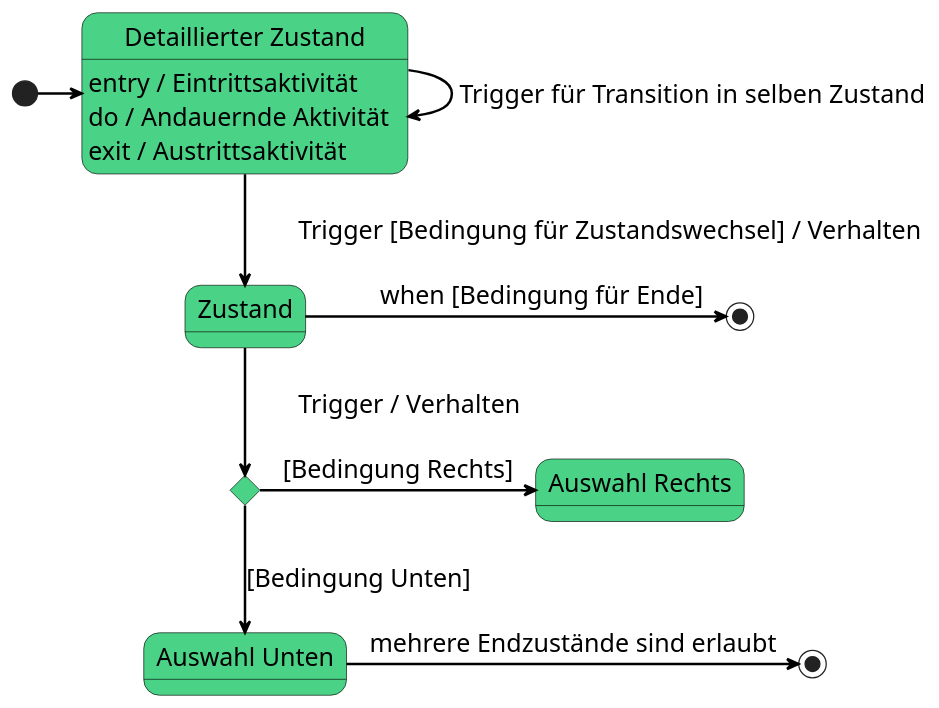
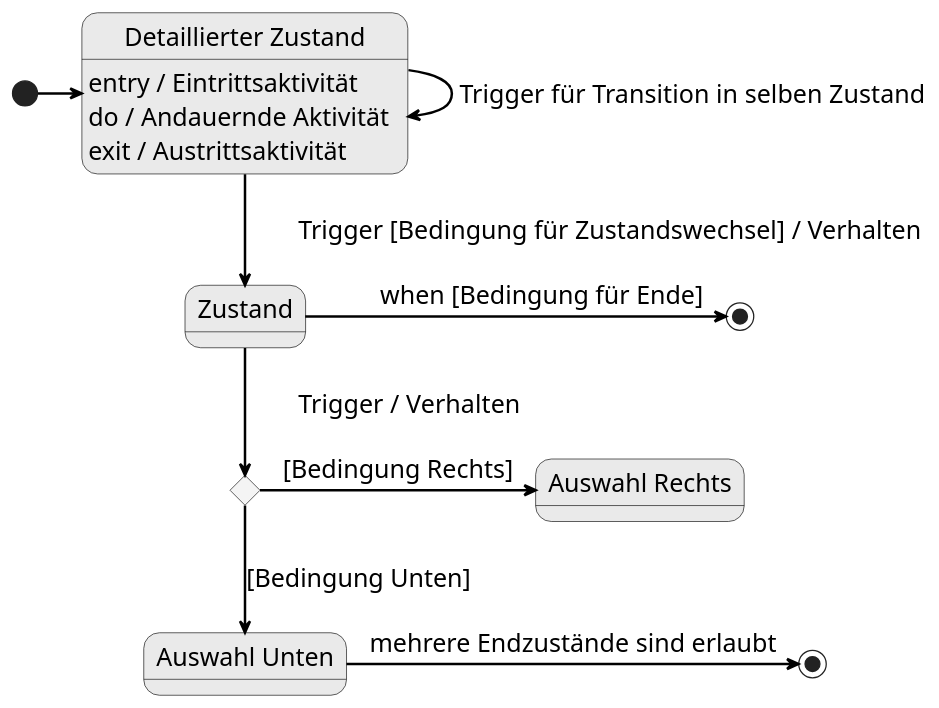
Before and after one commit to uhafner/codingstyle: the diagram in doc/uml/state-diagram.puml, drawn with PlantUML. The commit also changed 6 other files, not shown here.

Commit message:
Remove colors from UML diagrams.

```diff
--- a/doc/uml/state-diagram.puml
+++ b/doc/uml/state-diagram.puml
@@ -1,45 +1,45 @@
 @startuml
 skinparam state {
-  BackgroundColor #4AD386
+  BackgroundColor #eaeaea
   BorderColor #a0a0a0
   BackgroundColor<<Main>> gold
   BorderColor black
   ArrowColor black
   ArrowThickness 2
-  FontName  Arial Unicode MS
+  FontName Arial Unicode MS
   FontSize 20
 }
 
 skinparam ArrowColor black
 skinparam ArrowThickness 2
 
-skinparam activityDiamondBackgroundColor #4AD386
+skinparam activityDiamondBackgroundColor #f4f4f4
 skinparam activityDiamondBorderColor black
 skinparam activityDiamondFont Arial Unicode MS
 skinparam activityArrowFontSize 20
 skinparam activityArrowFont Arial Unicode MS
 
 state "Detaillierter Zustand" as A
 state "Zustand" as B
 state "Auswahl Unten" as C
 state "Auswahl Rechts" as D
 
 state Choice <<choice>>
 state AnotherEnd <<end>>
 
 [*] -> A
 A --> A : Trigger für Transition in selben Zustand
 A: entry / Eintrittsaktivität
 A: do / Andauernde Aktivität
 A: exit / Austrittsaktivität
 
 A --> B : \tTrigger [Bedingung für Zustandswechsel] / Verhalten
 B -> [*] : \twhen [Bedingung für Ende]
 
 B --> Choice : \tTrigger / Verhalten
 
 Choice --> C : [Bedingung Unten]
 Choice -> D : [Bedingung Rechts]
 
 C -> AnotherEnd : mehrere Endzustände sind erlaubt
 @enduml
```
